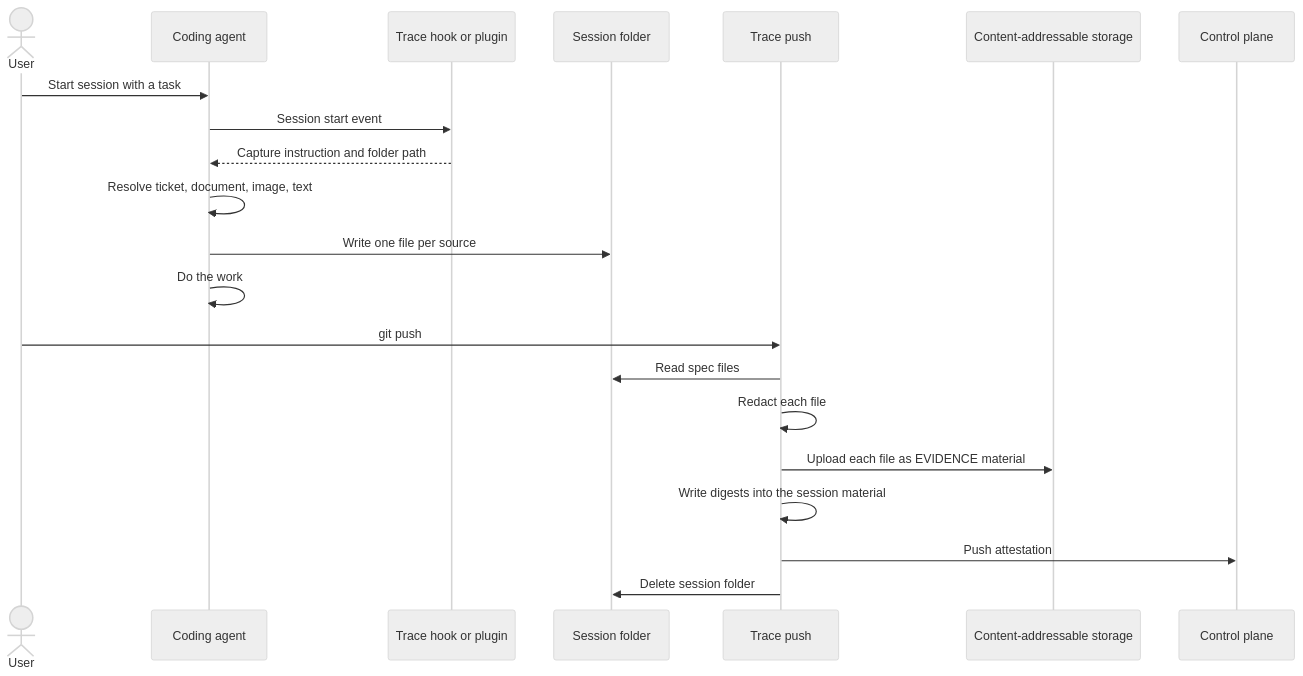
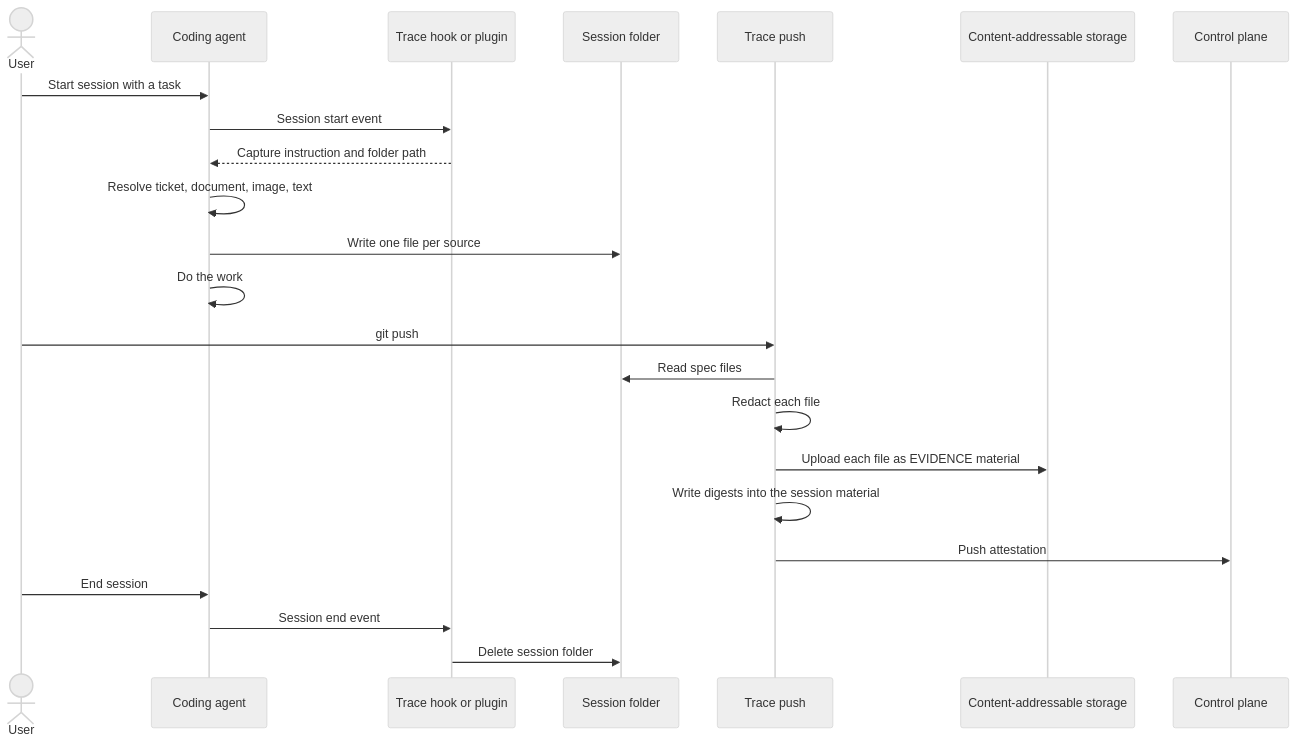
The diagram in docs/specs/001-session-spec-capture.md (chainloop-dev/chainloop), drawn with Mermaid (neutral theme) before and after one commit. The commit also changed other lines of this file, not shown here.

Commit message:
docs(spec): keep spec files until the session ends in spec 001

````diff
--- a/docs/specs/001-session-spec-capture.md
+++ b/docs/specs/001-session-spec-capture.md
@@ -89,24 +90,26 @@
 ```mermaid
 sequenceDiagram
     actor User
     participant Agent as Coding agent
     participant Hook as Trace hook or plugin
     participant Folder as Session folder
     participant CLI as Trace push
     participant CAS as Content-addressable storage
     participant CP as Control plane
 
     User->>Agent: Start session with a task
     Agent->>Hook: Session start event
     Hook-->>Agent: Capture instruction and folder path
     Agent->>Agent: Resolve ticket, document, image, text
     Agent->>Folder: Write one file per source
     Agent->>Agent: Do the work
     User->>CLI: git push
     CLI->>Folder: Read spec files
     CLI->>CLI: Redact each file
     CLI->>CAS: Upload each file as EVIDENCE material
     CLI->>CLI: Write digests into the session material
     CLI->>CP: Push attestation
-    CLI->>Folder: Delete session folder
+    User->>Agent: End session
+    Agent->>Hook: Session end event
+    Hook->>Folder: Delete session folder
 ```
````
